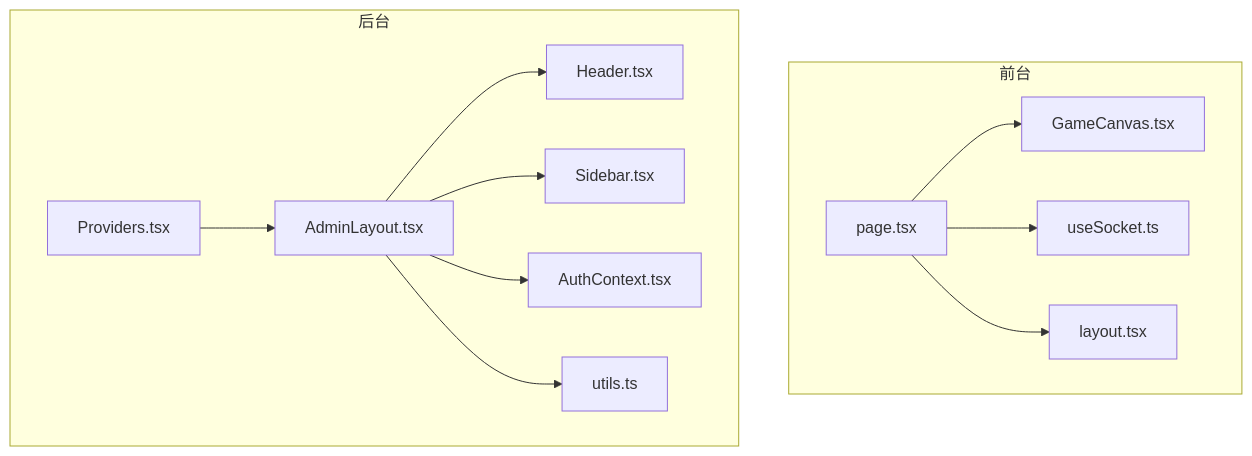
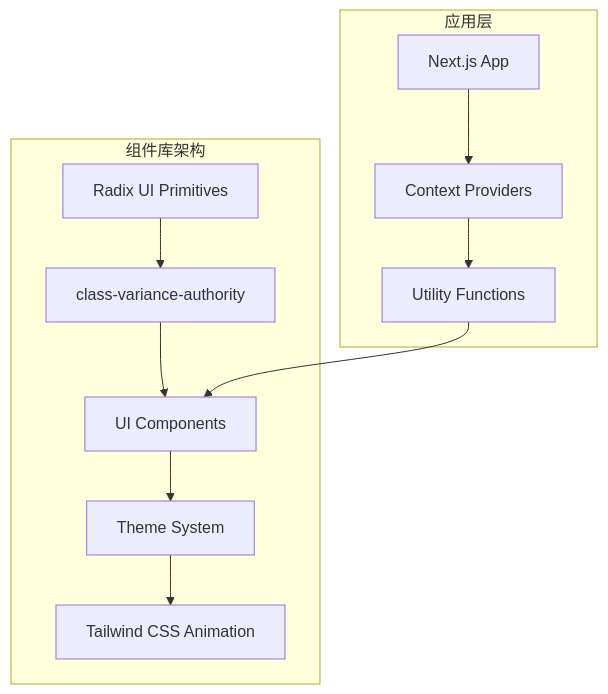
One commit to KunLabAI/KunFlix changed the second of 4 diagrams in .qoder/repowiki/zh/content/前端开发指南/UI 组件设计.md. Above: the diagram before and after it, drawn with Mermaid. The commit also changed other lines of this file and 25 other files, not shown here.

First line of the commit message:
feat(admin-auth): 新增管理员认证模块及登录界面优化

````diff
--- a/.qoder/repowiki/zh/content/前端开发指南/UI 组件设计.md
+++ b/.qoder/repowiki/zh/content/前端开发指南/UI 组件设计.md
@@ -98,25 +136,22 @@
 ```mermaid
 graph TB
-subgraph "前台"
-FP["page.tsx"]
-FC["GameCanvas.tsx"]
-FH["useSocket.ts"]
-FL["layout.tsx"]
+subgraph "组件库架构"
+PRIMITIVE["Radix UI Primitives"]
+VARIANTS["class-variance-authority"]
+COMPONENTS["UI Components"]
+THEME["Theme System"]
+ANIMATION["Tailwind CSS Animation"]
 end
-subgraph "后台"
-AP["Providers.tsx"]
-AA["AdminLayout.tsx"]
-AH["Header.tsx"]
-AS["Sidebar.tsx"]
-AC["AuthContext.tsx"]
-AU["utils.ts"]
+subgraph "应用层"
+APP["Next.js App"]
+CONTEXT["Context Providers"]
+UTILS["Utility Functions"]
 end
-FP --> FC
-FP --> FH
-FP --> FL
-AP --> AA
-AA --> AH
-AA --> AS
-AA --> AC
-AA --> AU
+PRIMITIVE --> VARIANTS
+VARIANTS --> COMPONENTS
+COMPONENTS --> THEME
+THEME --> ANIMATION
+APP --> CONTEXT
+CONTEXT --> UTILS
+UTILS --> COMPONENTS
 ```
````
